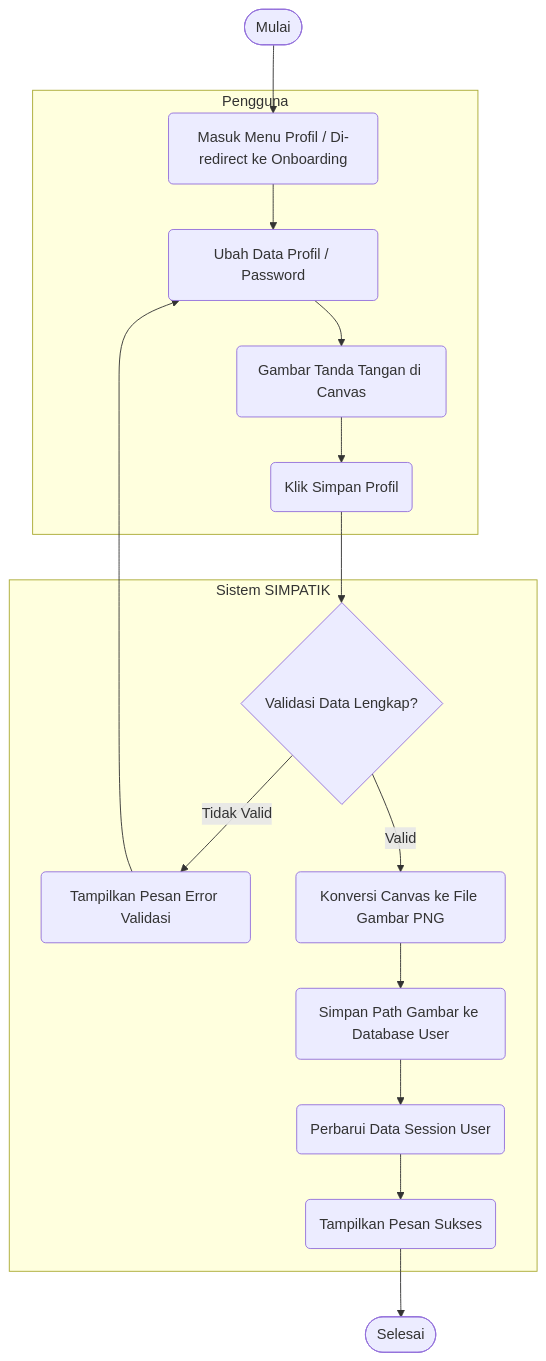
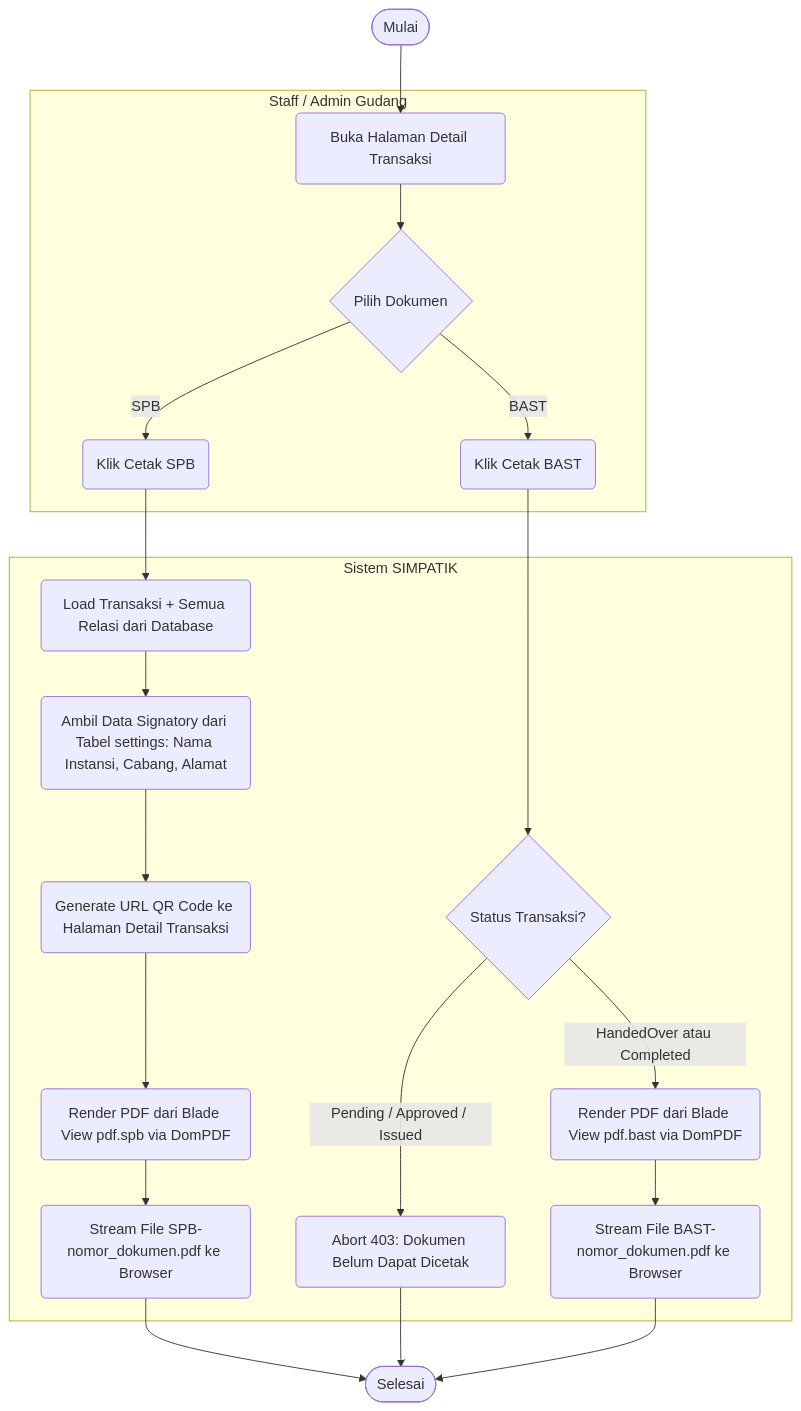
The tenth of 14 diagrams in laporan_activity_diagram.md (wahyu2021/SIMPATIK), drawn with Mermaid before and after one commit. The commit also changed other lines of this file and 5 other files, not shown here.

````diff
--- a/laporan_activity_diagram.md
+++ b/laporan_activity_diagram.md
@@ -301,36 +579,45 @@
 ```mermaid
 flowchart TD
     Start([Mulai])
     End([Selesai])
 
-    subgraph User [Pengguna]
-        A(Masuk Menu Profil / Di-redirect ke Onboarding)
-        B(Ubah Data Profil / Password)
-        C(Gambar Tanda Tangan di Canvas)
-        D(Klik Simpan Profil)
+    subgraph Aktor [Staff / Admin Gudang]
+        A(Buka Halaman Detail Transaksi)
+        B{Pilih Dokumen}
+        C(Klik Cetak SPB)
+        D(Klik Cetak BAST)
     end
 
     subgraph Sistem [Sistem SIMPATIK]
-        E{Validasi Data Lengkap?}
-        F(Tampilkan Pesan Error Validasi)
-        G(Konversi Canvas ke File Gambar PNG)
-        H(Simpan Path Gambar ke Database User)
-        I(Perbarui Data Session User)
-        J(Tampilkan Pesan Sukses)
+        E(Load Transaksi + Semua Relasi dari Database)
+        F(Ambil Data Signatory dari Tabel settings: Nama Instansi, Cabang, Alamat)
+        G(Generate URL QR Code ke Halaman Detail Transaksi)
+        H(Render PDF dari Blade View pdf.spb via DomPDF)
+        I(Stream File SPB-nomor_dokumen.pdf ke Browser)
+        J{Status Transaksi?}
+        K(Abort 403: Dokumen Belum Dapat Dicetak)
+        L(Render PDF dari Blade View pdf.bast via DomPDF)
+        M(Stream File BAST-nomor_dokumen.pdf ke Browser)
     end
 
     Start --> A
     A --> B
-    B --> C
-    C --> D
-    D --> E
-    
-    E -- Tidak Valid --> F
-    F --> B
-    
-    E -- Valid --> G
+
+    B -- SPB --> C
+    C --> E
+    E --> F
+    F --> G
     G --> H
     H --> I
-    I --> J
-    J --> End
+    I --> End
+
+    B -- BAST --> D
+    D --> J
+
+    J -- Pending / Approved / Issued --> K
+    K --> End
+
+    J -- HandedOver atau Completed --> L
+    L --> M
+    M --> End
 ```
````
